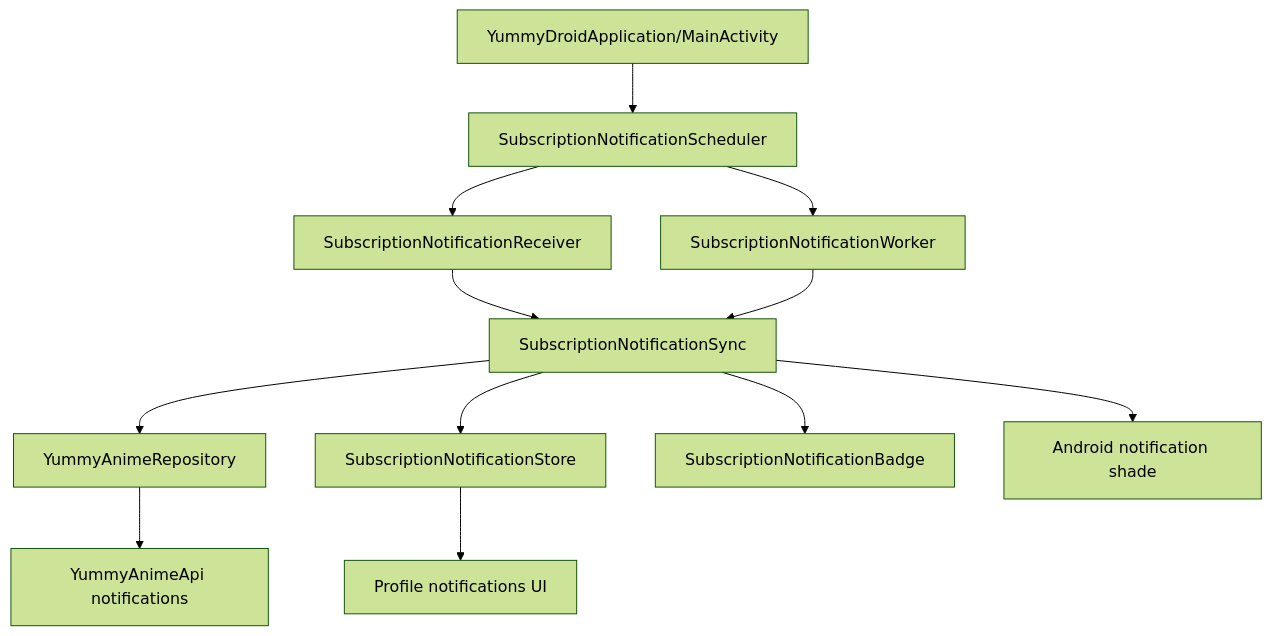
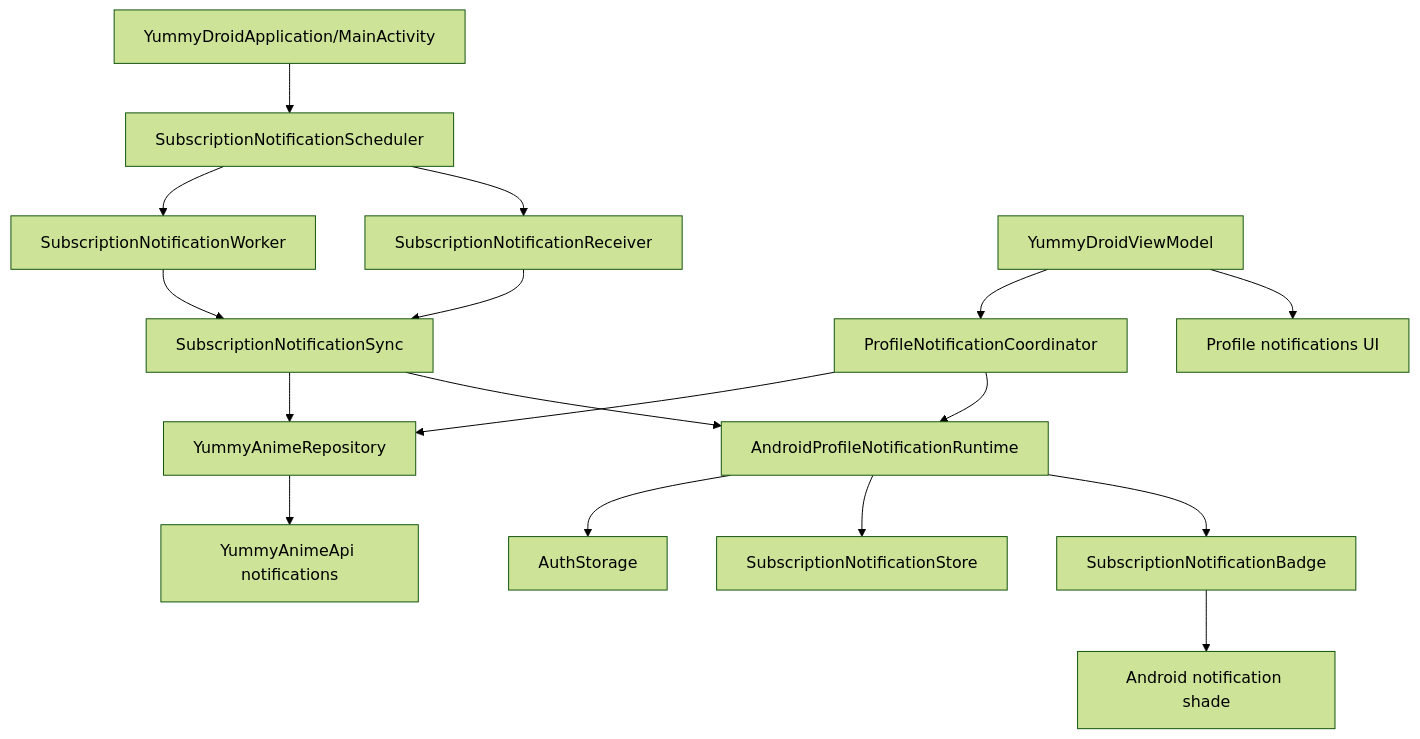
The tenth of 11 diagrams in docs/refactor-logic-map.md (saltek1995/YummyDroid), drawn with Mermaid (forest theme) before and after one commit. The commit also changed other lines of this file and 8 other files, not shown here.

Commit message:
Centralize profile notification synchronization

````diff
--- a/docs/refactor-logic-map.md
+++ b/docs/refactor-logic-map.md
@@ -395,26 +395,35 @@
 ```mermaid
 flowchart TD
     AppStart[YummyDroidApplication/MainActivity]
     Scheduler[SubscriptionNotificationScheduler]
     Receiver[SubscriptionNotificationReceiver]
     Worker[SubscriptionNotificationWorker]
     Sync[SubscriptionNotificationSync]
+    Vm[YummyDroidViewModel]
+    Coordinator[ProfileNotificationCoordinator]
+    Runtime[AndroidProfileNotificationRuntime]
     Store[SubscriptionNotificationStore]
+    Auth[AuthStorage]
     Repo[YummyAnimeRepository]
     Api[YummyAnimeApi notifications]
     Badge[SubscriptionNotificationBadge]
     Shade[Android notification shade]
     Profile[Profile notifications UI]
 
     AppStart --> Scheduler
     Scheduler --> Worker
     Scheduler --> Receiver
     Receiver --> Sync
     Worker --> Sync
     Sync --> Repo
+    Vm --> Coordinator
+    Coordinator --> Repo
     Repo --> Api
-    Sync --> Store
-    Sync --> Badge
-    Sync --> Shade
-    Store --> Profile
+    Coordinator --> Runtime
+    Sync --> Runtime
+    Runtime --> Auth
+    Runtime --> Store
+    Runtime --> Badge
+    Badge --> Shade
+    Vm --> Profile
 ```
````
